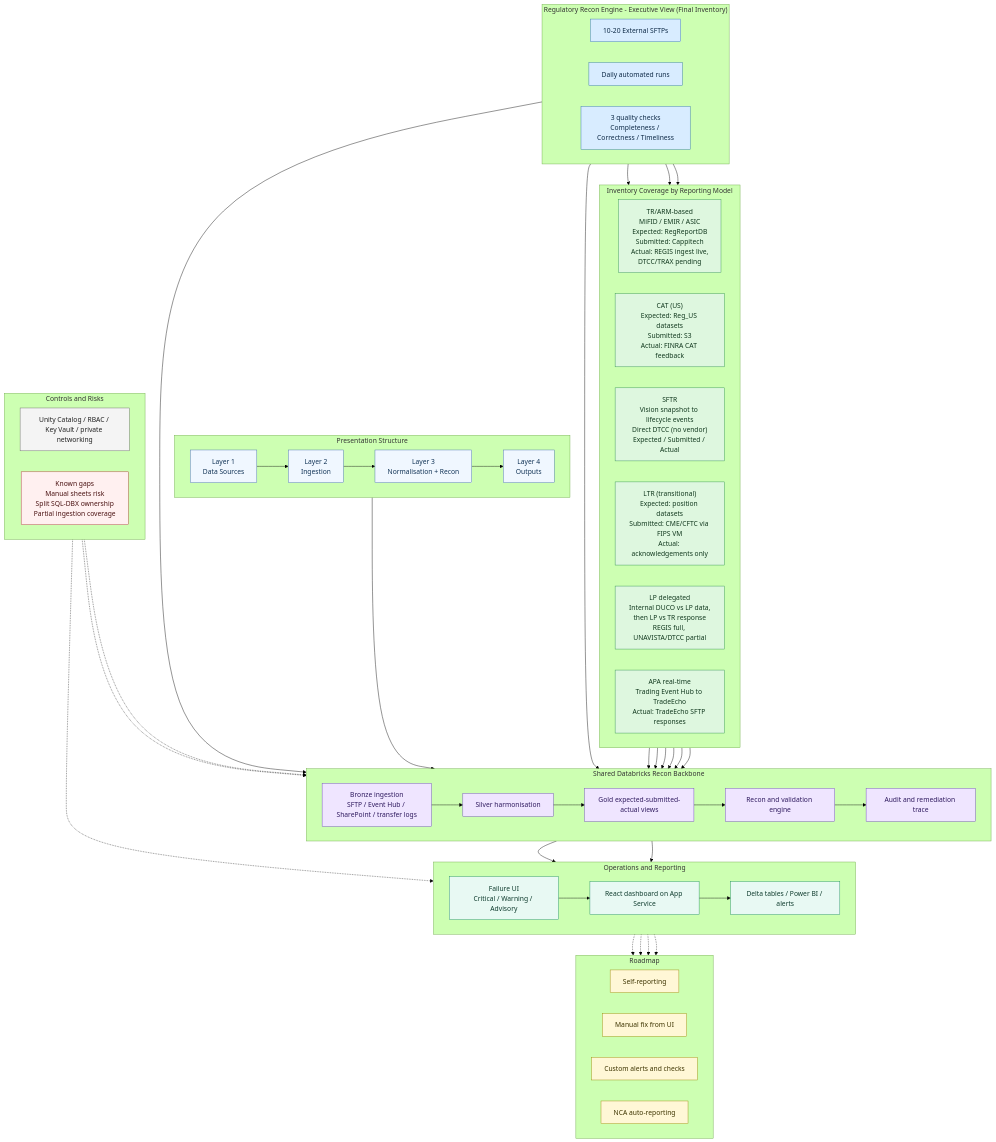
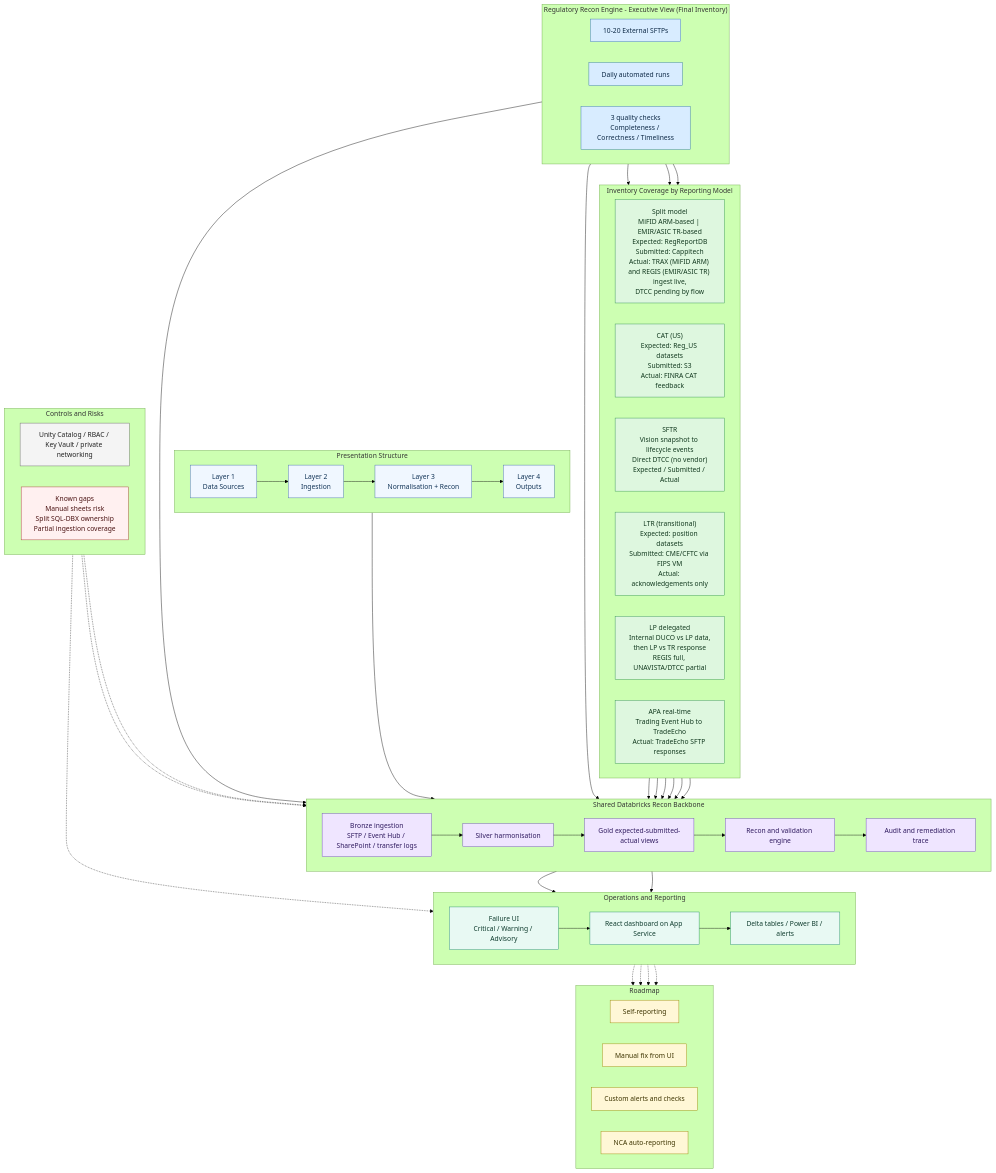
Before and after one commit to valentinosko-hub/RegTech: the diagram in regtech-automation-project/diagrams/regtech-recon-engine-exec-diagram.md, drawn with Mermaid (forest theme). The commit also changed 14 other files, not shown here.

Commit message:
Clarify MiFID ARM vs EMIR/ASIC TR taxonomy across diagrams

```diff
--- a/regtech-automation-project/diagrams/regtech-recon-engine-exec-diagram.md
+++ b/regtech-automation-project/diagrams/regtech-recon-engine-exec-diagram.md
@@ -20,7 +20,7 @@
 
   subgraph MODELS["Inventory Coverage by Reporting Model"]
     direction LR
-    M1["TR/ARM-based<br/>MiFID / EMIR / ASIC<br/>Expected: RegReportDB<br/>Submitted: Cappitech<br/>Actual: REGIS ingest live,<br/>DTCC/TRAX pending"]
+    M1["Split model<br/>MiFID ARM-based | EMIR/ASIC TR-based<br/>Expected: RegReportDB<br/>Submitted: Cappitech<br/>Actual: TRAX (MiFID ARM) and REGIS (EMIR/ASIC TR) ingest live,<br/>DTCC pending by flow"]
     M2["CAT (US)<br/>Expected: Reg_US datasets<br/>Submitted: S3<br/>Actual: FINRA CAT feedback"]
     M3["SFTR<br/>Vision snapshot to lifecycle events<br/>Direct DTCC (no vendor)<br/>Expected / Submitted / Actual"]
     M4["LTR (transitional)<br/>Expected: position datasets<br/>Submitted: CME/CFTC via FIPS VM<br/>Actual: acknowledgements only"]
```
